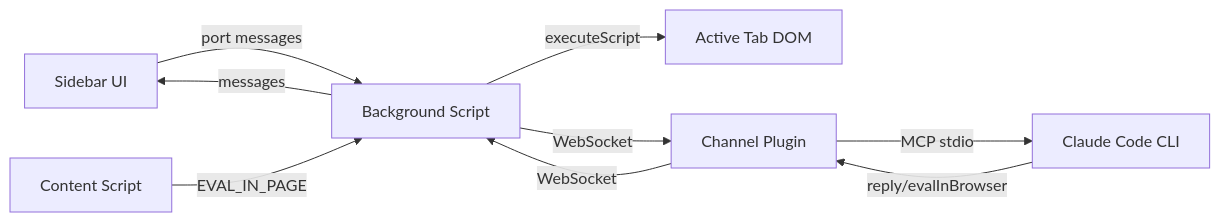
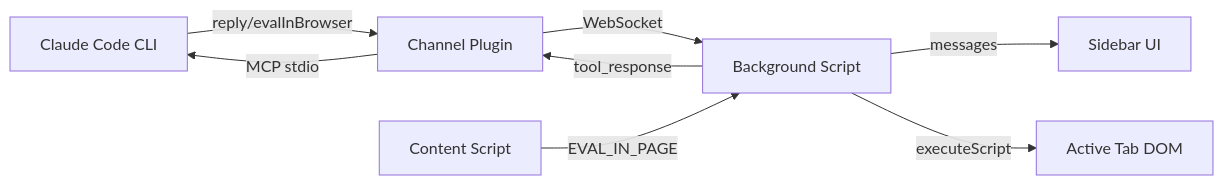
The diagram in documents/design.md (korchasa/foxcode), drawn with Mermaid before and after one commit. The commit also changed other lines of this file and 12 other files, not shown here.

First line of the commit message:
refactor: remove browser-to-CC messaging, make sidebar read-only

````diff
--- a/documents/design.md
+++ b/documents/design.md
@@ -9,11 +9,10 @@
 ```mermaid
 graph LR
-  S[Sidebar UI] -->|port messages| BG[Background Script]
+  CC[Claude Code CLI] -->|reply/evalInBrowser| CH[Channel Plugin]
+  CH -->|WebSocket| BG[Background Script]
+  BG -->|messages| S[Sidebar UI]
+  BG -->|executeScript| TAB[Active Tab DOM]
   CS[Content Script] -->|EVAL_IN_PAGE| BG
-  BG -->|executeScript| TAB[Active Tab DOM]
-  BG -->|WebSocket| CH[Channel Plugin]
-  CH -->|MCP stdio| CC[Claude Code CLI]
-  CC -->|reply/evalInBrowser| CH
-  CH -->|WebSocket| BG
-  BG -->|messages| S
+  BG -->|tool_response| CH
+  CH -->|MCP stdio| CC
 ```
````
